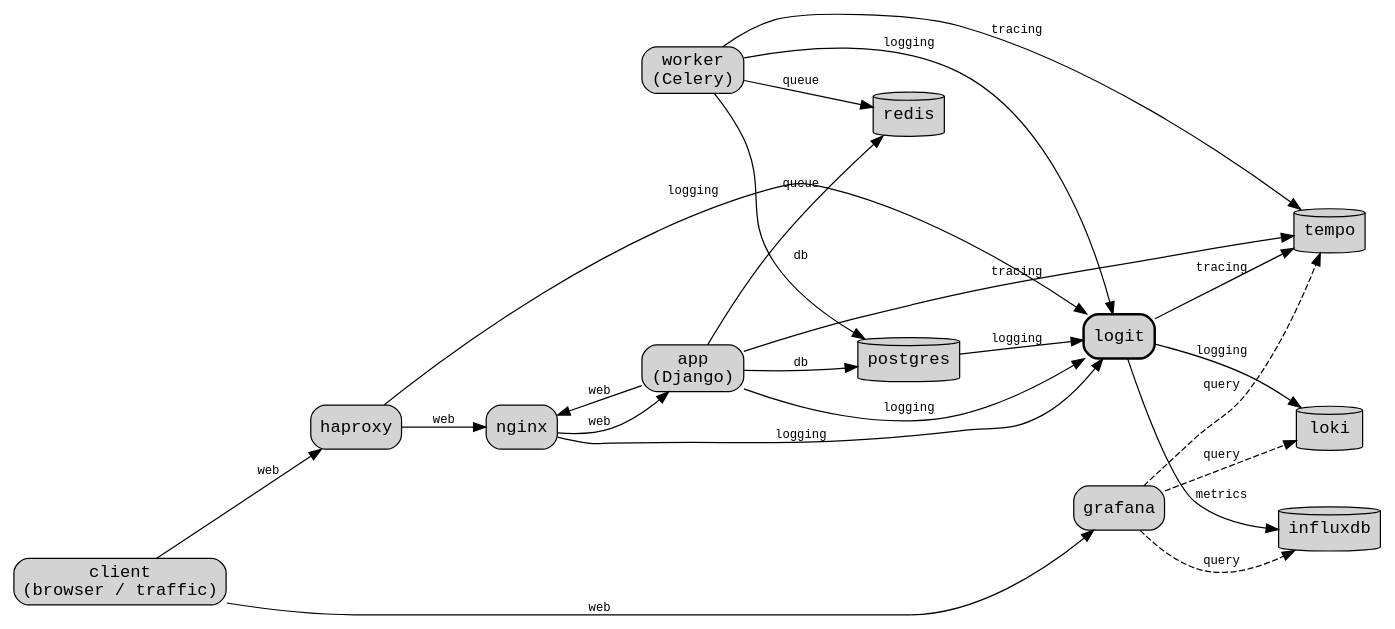
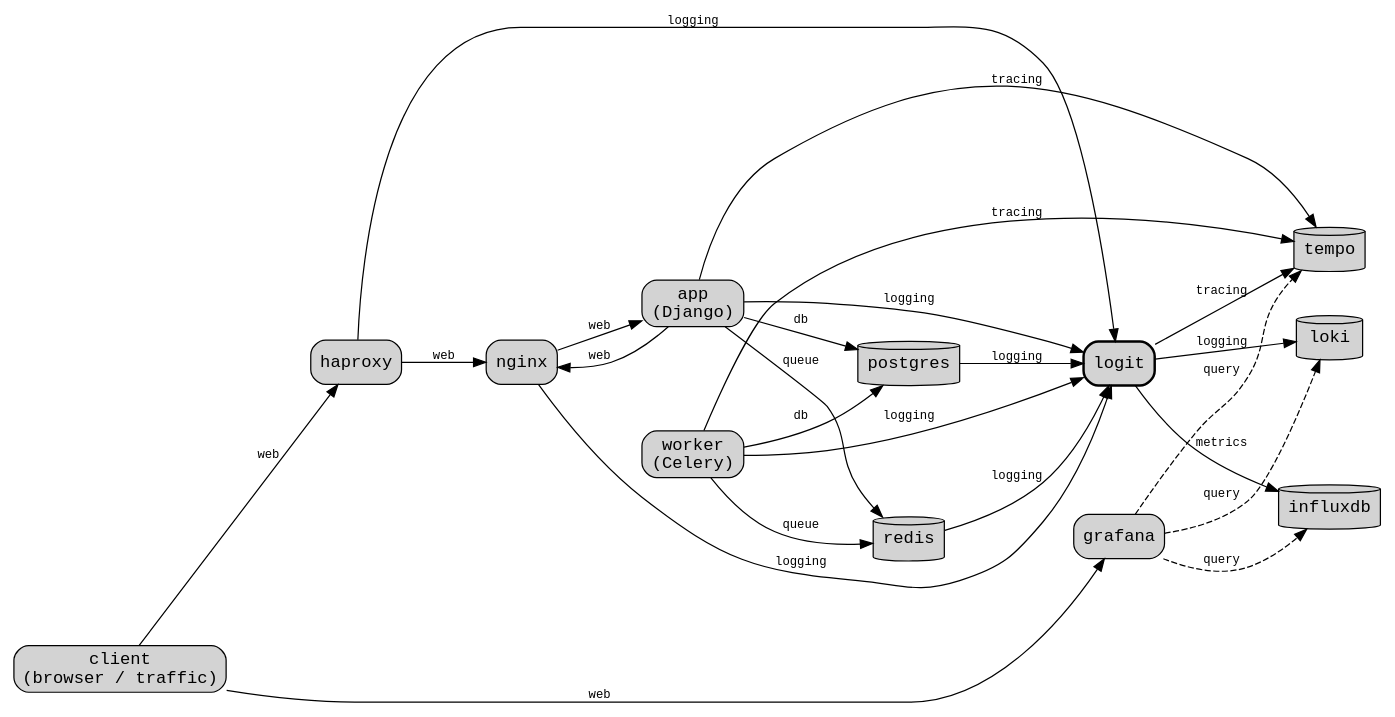
One commit to ross/logit changed the diagram in demo/architecture.dot. Above: the diagram before and after it, drawn with Graphviz. The commit also changed 4 other files, not shown here.

First line of the commit message:
feat(demo): ship Redis's server log to Loki via docker_in

```diff
--- a/demo/architecture.dot
+++ b/demo/architecture.dot
@@ -1,116 +1,118 @@
 // The demo stack's service architecture -- who talks to whom, and what *kind* of traffic each
 // edge carries (web / logging / tracing / metrics / db / queue / query), as opposed to
 // demo/logit.yaml's own
 // pipeline diagram (rendered live by `logit graph`, shown just below this one on the landing
 // page), which is about `logit`'s internal component graph and the wire protocol each edge uses.
 // The two are deliberately complementary, not overlapping: this is the macro service topology,
 // that's the pipeline's own internals.
 //
 // Hand-authored, not generated: unlike the pipeline diagram, there's no single machine-readable
 // source this could be derived from -- "traffic type" is a human judgment call spanning
 // demo/compose.yaml, demo/logit.yaml, and demo/app/gunicorn.conf.py. That means it CAN drift from
 // reality if the topology changes and this file isn't updated by hand alongside it -- keep it in
 // sync deliberately, the way the pipeline diagram is kept in sync automatically.
 //
 // Rendered the same way the pipeline diagram is (demo/compose.yaml's `arch-svg`, reusing
 // demo/graph-renderer's Graphviz image) -- just without a generation step first, since this file
 // is already the source, not an intermediate.
 digraph architecture {
   rankdir=LR;
   nodesep=0.45;
   ranksep=0.7;
   node [fontname="monospace"];
   edge [fontname="monospace", fontsize=10];
 
   // `style="filled,..."` with no explicit `fillcolor`, matching crates/logit-cli/src/dot.rs's own
   // node styling exactly -- both diagrams end up the same default Graphviz lightgrey, not one
   // white and one grey.
 
   // One node for both the real browser and demo/compose.yaml's `traffic` generator -- from
   // haproxy's (or grafana's) point of view they're indistinguishable, and `traffic` exists only
   // to generate demo load, not as part of the architecture proper.
   client [shape=box, style="filled,rounded", label="client\n(browser / traffic)"];
 
   haproxy [shape=box, style="filled,rounded"];
   nginx   [shape=box, style="filled,rounded"];
   app     [shape=box, style="filled,rounded", label="app\n(Django)"];
   worker  [shape=box, style="filled,rounded", label="worker\n(Celery)"];
   logit   [shape=box, style="filled,rounded,bold"];
   grafana [shape=box, style="filled,rounded"];
 
   // Cylinders for the five data stores -- the one shape this diagram uses that the pipeline
   // diagram doesn't, on purpose: nothing in `logit graph`'s own vocabulary distinguishes "a
   // backend that holds data" from any other sink, but at the architecture level that distinction
   // is exactly the point. `redis` is a broker, not really "held data" the way the other four are
   // -- grouped here anyway rather than invented a sixth shape for one node.
   loki     [shape=cylinder, style=filled];
   tempo    [shape=cylinder, style=filled];
   influxdb [shape=cylinder, style=filled];
   postgres [shape=cylinder, style=filled];
   redis    [shape=cylinder, style=filled];
 
   // -- Web: the request path, plus the re-entrant hop `/work` adds -------------------------
   // (docs/plans/demo-richer-traces.md's workstream B): app calling back into nginx's own /inner
   // is a second, independent "web" edge in the opposite direction from nginx -> app below, not a
   // reuse of it -- the request genuinely re-enters the chain partway rather than looping in place.
   client  -> haproxy [label="web"];
   haproxy -> nginx   [label="web"];
   nginx   -> app     [label="web"];
   app     -> nginx   [label="web"];
   client  -> grafana [label="web"];
 
   // -- Logging: every tier's access log reaches `logit` ------------------------------------
-  // haproxy's and app's over syslog; nginx's and postgres's by `logit` tailing their own logs
-  // directly off the host instead -- nginx's Docker json-file log
+  // haproxy's and app's over syslog; nginx's, redis's and postgres's by `logit` tailing their own
+  // logs directly off the host instead -- nginx's and redis's Docker json-file logs
   // (docs/adr/file-tailing-and-docker-json-logs.md, this demo's end-to-end proof for that ADR)
   // and postgres's plain rotating jsonlog directory (`tail_in`, docs/plans/demo-richer-traces.md's
   // workstream C). Still one "logging" edge either way: the distinction is a transport detail
   // this architecture-level diagram doesn't otherwise draw (demo/logit.yaml's own topology
   // comment has the tailing-specific detail).
   haproxy  -> logit [label="logging"];
   nginx    -> logit [label="logging"];
   app      -> logit [label="logging"];
   worker   -> logit [label="logging"];
   postgres -> logit [label="logging"];
+  redis    -> logit [label="logging"];
   logit    -> loki  [label="logging"];
 
   // -- db: reads/writes against Postgres, from either app-tier process ---------------------
   // A distinct category from "query" below -- that's Grafana reading back what this stack itself
   // wrote; this is `app`/`worker` reading and writing their own state, over `psycopg`
   // (docs/plans/demo-richer-traces.md's workstream C). Both, not just `app` -- `pages/tasks.py`'s
   // task writes too, from the `worker` process specifically (workstream D).
   app    -> postgres [label="db"];
   worker -> postgres [label="db"];
 
   // -- queue: Celery's own broker traffic ---------------------------------------------------
   // `app` publishes (`.delay()`, pages/views.py's `work`); `worker` consumes -- two edges, one
   // real exchange, same as `nginx -> app`/`app -> nginx` above being drawn as two directed edges
   // rather than implying a single bidirectional one (docs/plans/demo-richer-traces.md workstream D).
   app    -> redis [label="queue"];
   worker -> redis [label="queue"];
 
   // -- Tracing: two independent paths into Tempo -------------------------------------------
   // `logit`'s own internal spans travel this edge, and so do haproxy's/nginx's real access-line
   // spans (docs/adr/trace-context-span-lifting.md's `span:` block, derived from the same log
   // line the "logging" edges above already show -- one wire, two signals, no new edge needed
   // here). `app`'s real request/database-client/Celery-producer spans, and `worker`'s own
   // Celery-consumer/database-client spans, go straight to Tempo's own OTLP receiver instead,
   // deliberately bypassing `logit` (docs/plans/demo-tracing-stack.md's "Decisions already
   // settled") -- not every telemetry leg needs `logit` in front of it, and this diagram shows
   // that honestly rather than drawing an edge through `logit` that doesn't exist. `postgres` and
   // `redis` themselves get no edge into `tempo` -- neither runs an SDK; postgres's trace id
-  // reaches Loki only, via the "logging" edge above, and redis's isn't captured by this demo at
-  // all (the broker traffic is instrumented from both endpoints, not the broker itself).
+  // reaches Loki only, via the "logging" edge above, and redis's own log carries none at all (its
+  // "logging" edge is server lines only; the broker traffic is traced from both client endpoints,
+  // `app`'s and `worker`'s Redis CLIENT spans, not from the broker itself).
   logit  -> tempo [label="tracing"];
   app    -> tempo [label="tracing"];
   worker -> tempo [label="tracing"];
 
   // -- Metrics -------------------------------------------------------------------------------
   logit -> influxdb [label="metrics"];
 
   // -- Query: Grafana reading back what everything else wrote, dashed to set it visually apart
   // from the push/write traffic above -------------------------------------------------------
   grafana -> loki     [label="query", style=dashed];
   grafana -> tempo    [label="query", style=dashed];
   grafana -> influxdb [label="query", style=dashed];
 }
```
